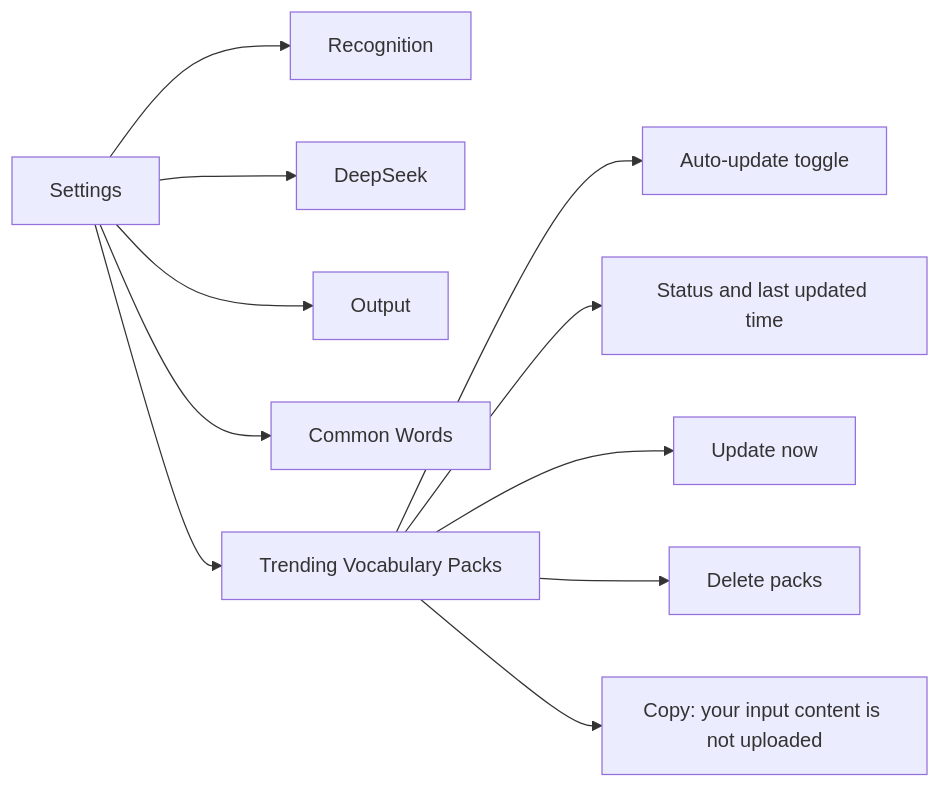
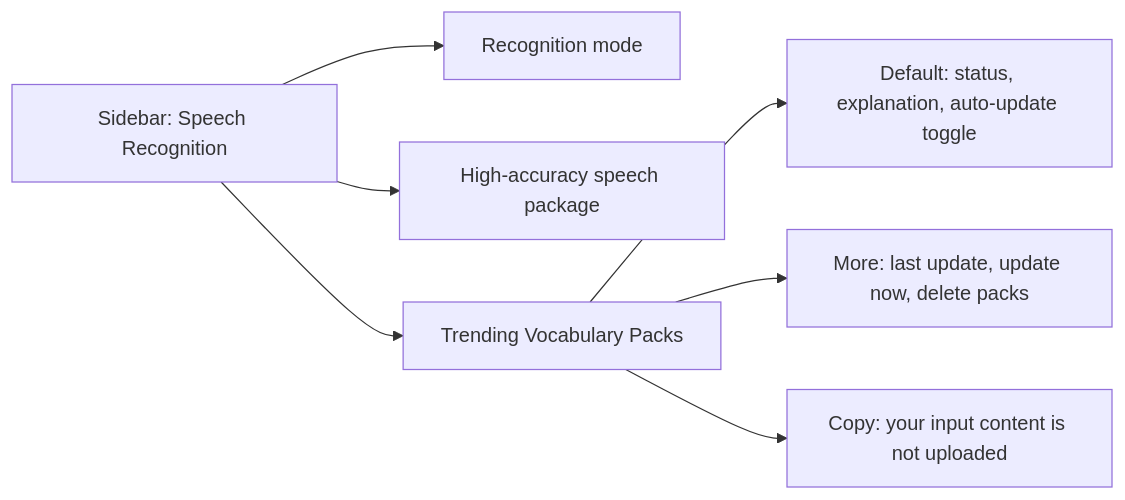
One commit to whnnick/readytype changed the fourth of 4 diagrams in docs/versions/1.4.0/INTERACTION_FLOW.md. Above: the diagram before and after it, drawn with Mermaid. The commit also changed other lines of this file and 14 other files, not shown here.

````diff
--- a/docs/versions/1.4.0/INTERACTION_FLOW.md
+++ b/docs/versions/1.4.0/INTERACTION_FLOW.md
@@ -75,13 +75,9 @@
 ```mermaid
 flowchart LR
-    A["Settings"] --> B["Recognition"]
-    A --> C["DeepSeek"]
-    A --> D["Output"]
-    A --> E["Common Words"]
-    A --> F["Trending Vocabulary Packs"]
-    F --> G["Auto-update toggle"]
-    F --> H["Status and last updated time"]
-    F --> I["Update now"]
-    F --> J["Delete packs"]
-    F --> K["Copy: your input content is not uploaded"]
+    A["Sidebar: Speech Recognition"] --> B["Recognition mode"]
+    A --> C["High-accuracy speech package"]
+    A --> D["Trending Vocabulary Packs"]
+    D --> E["Default: status, explanation, auto-update toggle"]
+    D --> F["More: last update, update now, delete packs"]
+    D --> G["Copy: your input content is not uploaded"]
 ```
````
